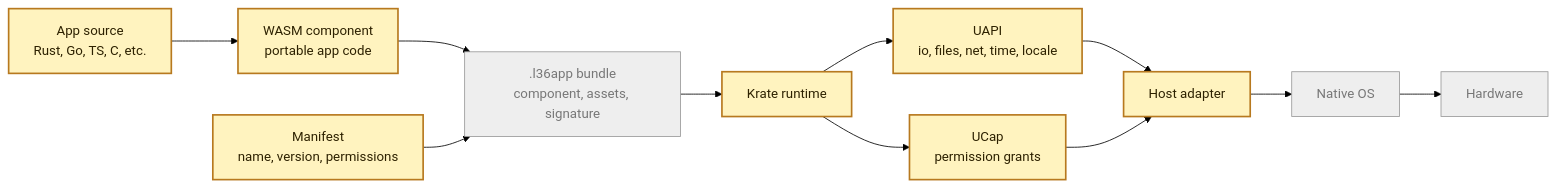
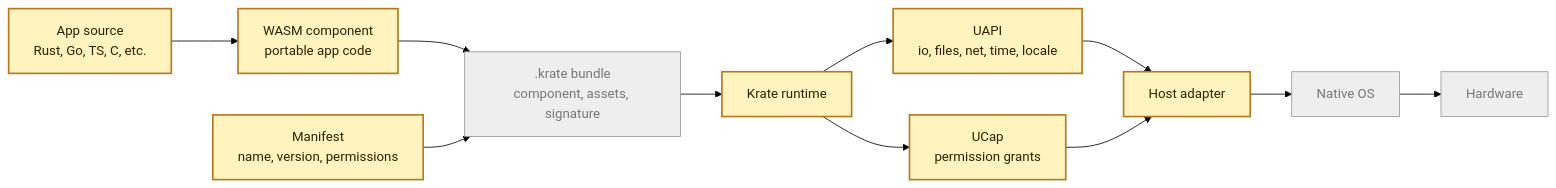
One commit to incyashraj/krate changed the first of 3 diagrams in docs/book/src/architecture.md. Above: the diagram before and after it, drawn with Mermaid (forest theme). The commit also changed other lines of this file and 13 other files, not shown here.

First line of the commit message:
docs: sweep .l36app to .krate and record the completed rename

````diff
--- a/docs/book/src/architecture.md
+++ b/docs/book/src/architecture.md
@@ -11,31 +11,31 @@
 ```mermaid
 flowchart LR
     SRC["App source<br/>Rust, Go, TS, C, etc."]
     WASM["WASM component<br/>portable app code"]
     MAN["Manifest<br/>name, version, permissions"]
-    BUNDLE[".l36app bundle<br/>component, assets, signature"]
+    BUNDLE[".krate bundle<br/>component, assets, signature"]
     RT["Krate runtime"]
     UAPI["UAPI<br/>io, files, net, time, locale"]
     UCAP["UCap<br/>permission grants"]
     ADAPT["Host adapter"]
     OS["Native OS"]
     HW["Hardware"]
 
     SRC --> WASM
     WASM --> BUNDLE
     MAN --> BUNDLE
     BUNDLE --> RT
     RT --> UAPI
     RT --> UCAP
     UAPI --> ADAPT
     UCAP --> ADAPT
     ADAPT --> OS
     OS --> HW
 
     classDef done fill:#d9fbe3,stroke:#16833a,color:#102a17,stroke-width:2px;
     classDef current fill:#fff3bf,stroke:#b7791f,color:#2d2100,stroke-width:2px;
     classDef pending fill:#eeeeee,stroke:#999999,color:#777777,stroke-width:1px;
 
     class SRC,WASM,MAN,RT,UAPI,UCAP,ADAPT current;
     class BUNDLE,OS,HW pending;
 ```
````
